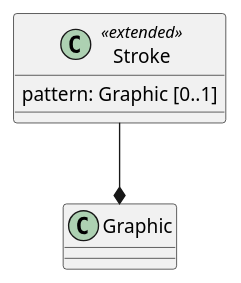
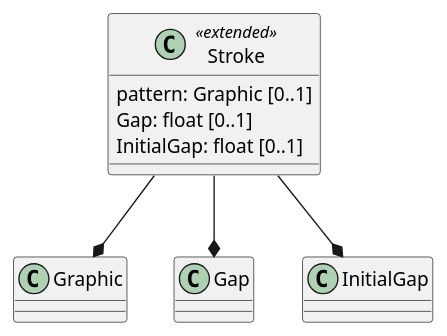
Before and after one commit to opengeospatial/styles-and-symbology: the fourth of 4 diagrams in core/sections/clause_13_advanced_strokes.adoc, drawn with PlantUML. The commit also changed other lines of this file and 7 other files, not shown here.

```diff
--- a/core/sections/clause_13_advanced_strokes.adoc
+++ b/core/sections/clause_13_advanced_strokes.adoc
@@ -114,6 +121,10 @@
 [plantuml, target=diagram-classes, format=png]
 ....
 class Stroke <<extended>>
 Stroke : pattern: Graphic [0..1]
+Stroke : Gap: float [0..1]
+Stroke : InitialGap: float [0..1]
 Stroke --* Graphic
+Stroke --* Gap
+Stroke --* InitialGap
 ....
```
